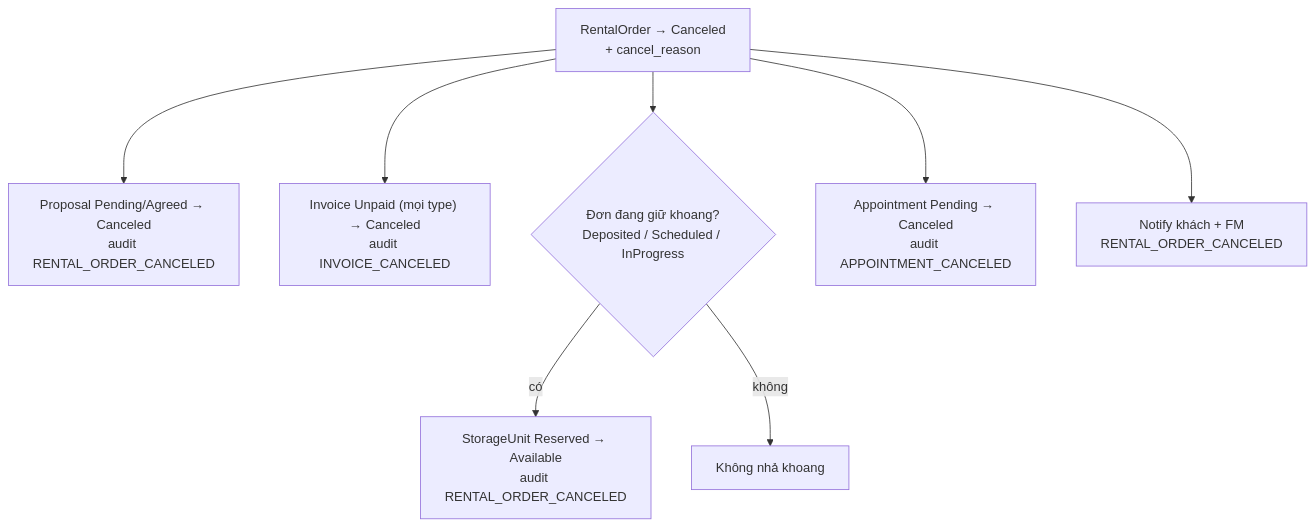
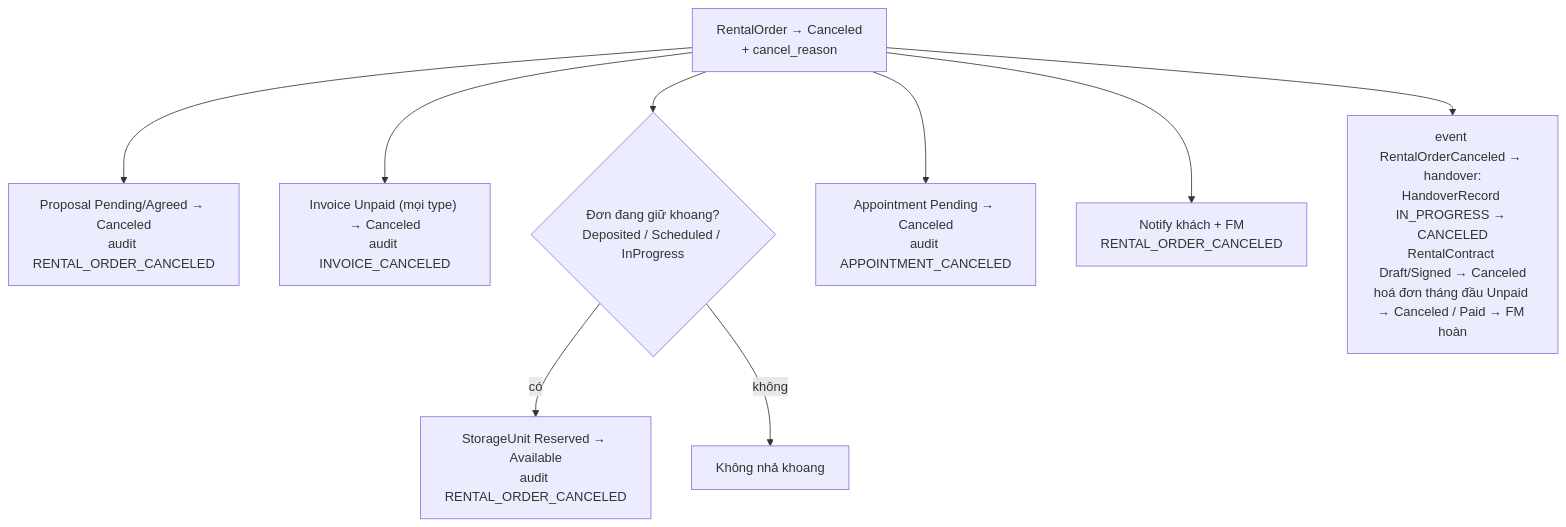
The diagram in backend/docs/flows/cancellation-cascade.md (BiBo364/self-storage), drawn with Mermaid before and after one commit. The commit also changed other lines of this file and 266 other files, not shown here.

First line of the commit message:
feat(demo): complete full demo app across flows 1-7

````diff
--- a/backend/docs/flows/cancellation-cascade.md
+++ b/backend/docs/flows/cancellation-cascade.md
@@ -12,10 +26,11 @@
 ```mermaid
 flowchart TB
     C0["RentalOrder → Canceled<br/>+ cancel_reason"] --> C1["Proposal Pending/Agreed → Canceled<br/>audit RENTAL_ORDER_CANCELED"]
     C0 --> C2["Invoice Unpaid (mọi type) → Canceled<br/>audit INVOICE_CANCELED"]
     C0 --> C3{"Đơn đang giữ khoang?<br/>Deposited / Scheduled / InProgress"}
     C3 -- có --> C4["StorageUnit Reserved → Available<br/>audit RENTAL_ORDER_CANCELED"]
     C3 -- không --> C5["Không nhả khoang"]
     C0 --> C6["Appointment Pending → Canceled<br/>audit APPOINTMENT_CANCELED"]
     C0 --> C7["Notify khách + FM<br/>RENTAL_ORDER_CANCELED"]
+    C0 --> C8["event RentalOrderCanceled → handover:<br/>HandoverRecord IN_PROGRESS → CANCELED<br/>RentalContract Draft/Signed → Canceled<br/>hoá đơn tháng đầu Unpaid → Canceled / Paid → FM hoàn"]
 ```
````
